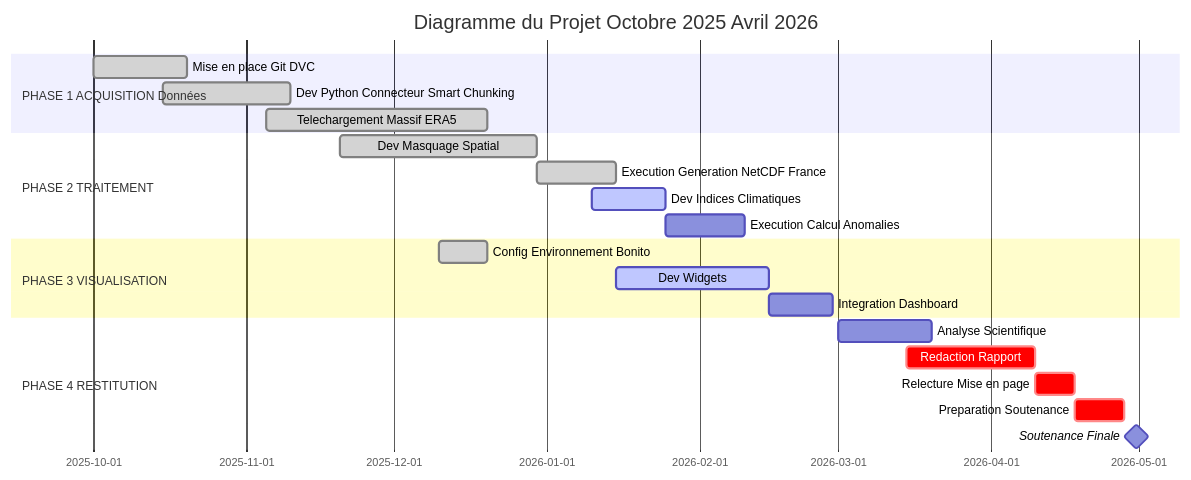
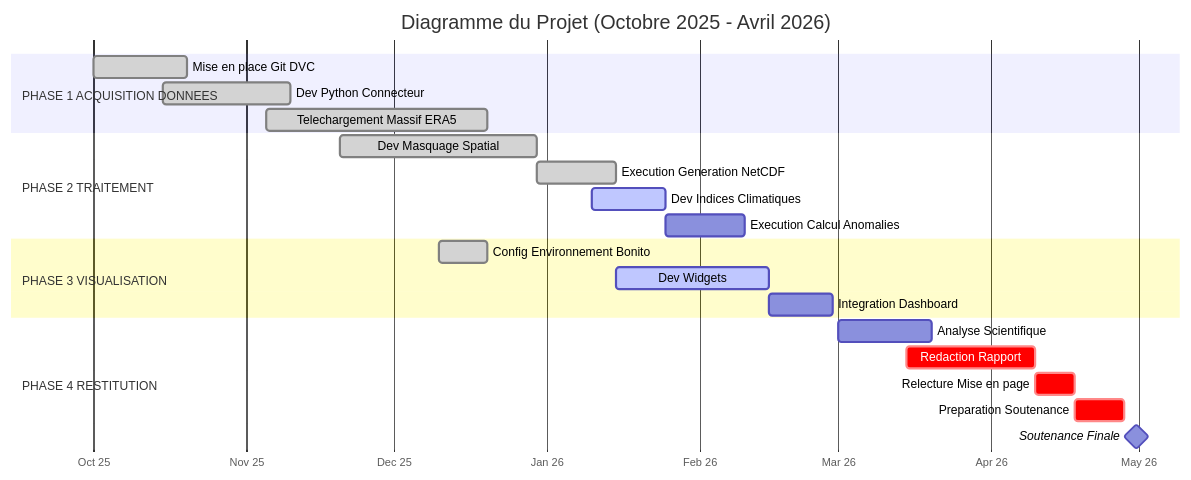
The diagram in Aides-Schémas-Pipelines/Gantt.mmd (loic-mmt/Analyse_Meteo), drawn with Mermaid before and after one commit. The commit also changed 14 other files, not shown here.

Commit message:
Ajout etapes projet dans Diagramme_gantt.txt et creation de Gantt.mmd

```diff
--- a/Aides-Schémas-Pipelines/Gantt.mmd
+++ b/Aides-Schémas-Pipelines/Gantt.mmd
@@ -1,26 +1,28 @@
 gantt
-    title Diagramme du Projet Octobre 2025 Avril 2026
+    title Diagramme du Projet (Octobre 2025 - Avril 2026)
     dateFormat YYYY-MM-DD
+    axisFormat %b %y
+    todayMarker off
 
-    section PHASE 1 ACQUISITION Données
-    Mise en place Git DVC               :done, p1_1, 2025-10-01, 2025-10-20
-    Dev Python Connecteur Smart Chunking :done, p1_2, 2025-10-15, 2025-11-10
-    Telechargement Massif ERA5          :done, p1_3, 2025-11-05, 2025-12-20
+    section PHASE 1 ACQUISITION DONNEES
+    Mise en place Git DVC                :done, p1_1, 2025-10-01, 2025-10-20
+    Dev Python Connecteur                :done, p1_2, 2025-10-15, 2025-11-10
+    Telechargement Massif ERA5           :done, p1_3, 2025-11-05, 2025-12-20
 
     section PHASE 2 TRAITEMENT
-    Dev Masquage Spatial                :done, p2_1, 2025-11-20, 2025-12-30
-    Execution Generation NetCDF France  :done, p2_2, 2025-12-30, 2026-01-15
-    Dev Indices Climatiques             :active, p2_3, 2026-01-10, 2026-01-25
-    Execution Calcul Anomalies          :p2_4, 2026-01-25, 2026-02-10
+    Dev Masquage Spatial                 :done, p2_1, 2025-11-20, 2025-12-30
+    Execution Generation NetCDF          :done, p2_2, 2025-12-30, 2026-01-15
+    Dev Indices Climatiques              :active, p2_3, 2026-01-10, 2026-01-25
+    Execution Calcul Anomalies           :p2_4, 2026-01-25, 2026-02-10
 
     section PHASE 3 VISUALISATION
-    Config Environnement Bonito         :done, p3_1, 2025-12-10, 2025-12-20
-    Dev Widgets                         :active, p3_2, 2026-01-15, 2026-02-15
-    Integration Dashboard               :p3_3, 2026-02-15, 2026-02-28
+    Config Environnement Bonito          :done, p3_1, 2025-12-10, 2025-12-20
+    Dev Widgets                          :active, p3_2, 2026-01-15, 2026-02-15
+    Integration Dashboard                :p3_3, 2026-02-15, 2026-02-28
 
     section PHASE 4 RESTITUTION
-    Analyse Scientifique                :p4_1, 2026-03-01, 2026-03-20
-    Redaction Rapport                   :crit, p4_2, 2026-03-15, 2026-04-10
-    Relecture Mise en page              :crit, p4_3, 2026-04-10, 2026-04-18
-    Preparation Soutenance              :crit, p4_4, 2026-04-18, 2026-04-28
-    Soutenance Finale                   :milestone, p4_5, 2026-04-30, 1d
+    Analyse Scientifique                 :p4_1, 2026-03-01, 2026-03-20
+    Redaction Rapport                    :crit, p4_2, 2026-03-15, 2026-04-10
+    Relecture Mise en page               :crit, p4_3, 2026-04-10, 2026-04-18
+    Preparation Soutenance               :crit, p4_4, 2026-04-18, 2026-04-28
+    Soutenance Finale                    :milestone, p4_5, 2026-04-30, 1d
```
